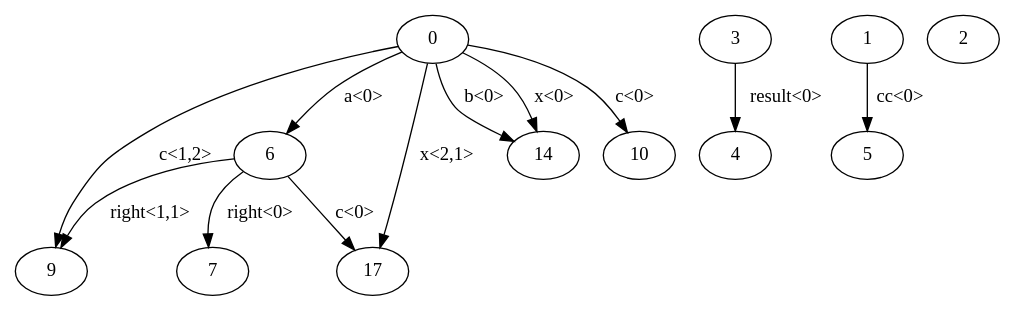
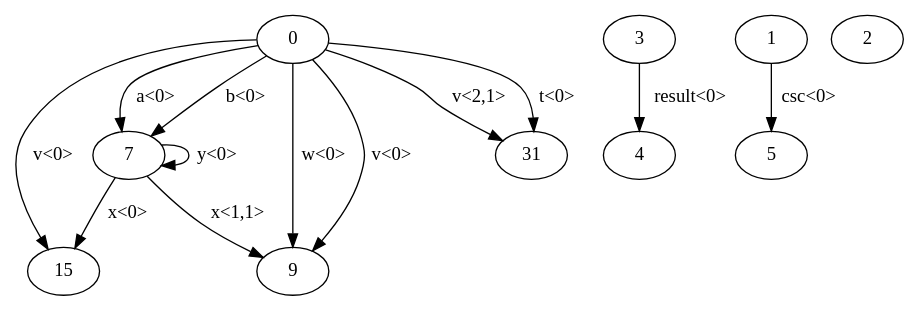
The diagram in AliasingImpl/source/test.dot (varivera/aliasing-java), drawn with Graphviz before and after one commit. The commit also changed 6 other files, not shown here.

```diff
--- a/AliasingImpl/source/test.dot
+++ b/AliasingImpl/source/test.dot
@@ -1,25 +1,24 @@
 digraph G {
-n6->n17 [label="c<0>"]
-n6->n9 [label="right<1,1>"]
-n6->n7 [label="right<0>"]
-n0->n14 [label="b<0>"]
-n0->n10 [label="c<0>"]
-n0->n14 [label="x<0>"]
-n0->n17 [label="x<2,1>"]
-n0->n9 [label="c<1,2>"]
-n0->n6 [label="a<0>"]
-n14[label="14"]
+n7->n15 [label="x<0>"]
+n7->n7 [label="y<0>"]
+n7->n9 [label="x<1,1>"]
+n0->n7 [label="b<0>"]
+n0->n31 [label="t<0>"]
+n0->n15 [label="v<0>"]
+n0->n9 [label="v<0>"]
+n0->n9 [label="w<0>"]
+n0->n31 [label="v<2,1>"]
+n0->n7 [label="a<0>"]
 n0[label="0"]
-n17[label="17"]
-n6[label="6"]
+n15[label="15"]
 n7[label="7"]
 n9[label="9"]
-n10[label="10"]
+n31[label="31"]
 n3->n4 [label="result<0>"]
 n3[label="3"]
 n4[label="4"]
-n1->n5 [label="cc<0>"]
+n1->n5 [label="csc<0>"]
 n1[label="1"]
 n5[label="5"]
 n2[label="2"]
 }
```
